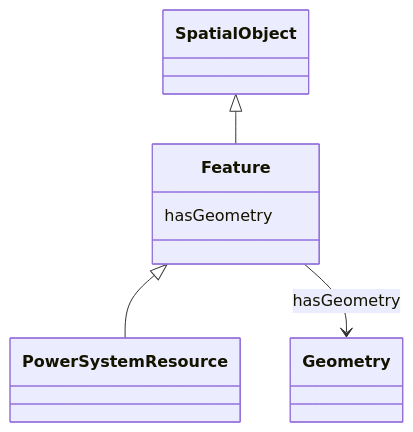
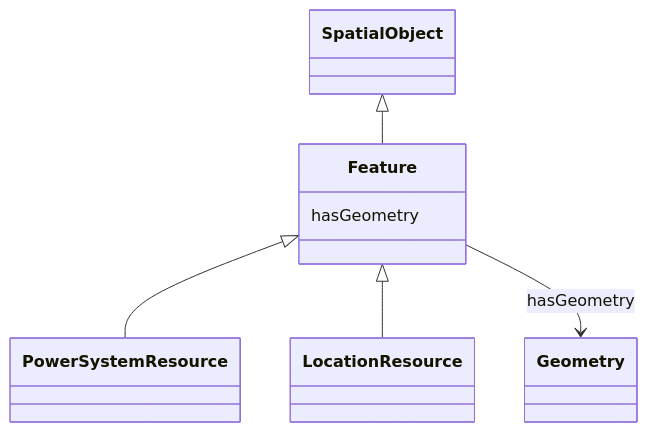
Before and after one commit to 3lbits/NoCIMExtensions: the diagram in docs/AviationObstacle/Feature.md, drawn with Mermaid. The commit also changed 32 other files, not shown here.

````diff
--- a/docs/AviationObstacle/Feature.md
+++ b/docs/AviationObstacle/Feature.md
@@ -16,19 +16,21 @@
 ```mermaid
  classDiagram
     class Feature
     click Feature href "../Feature"
       SpatialObject <|-- Feature
         click SpatialObject href "../SpatialObject"
       
 
       Feature <|-- PowerSystemResource
         click PowerSystemResource href "../PowerSystemResource"
+      Feature <|-- LocationResource
+        click LocationResource href "../LocationResource"
       
       
       Feature : hasGeometry
         
           Feature --> Geometry : hasGeometry
           click Geometry href "../Geometry"
         
       
 ```
````
